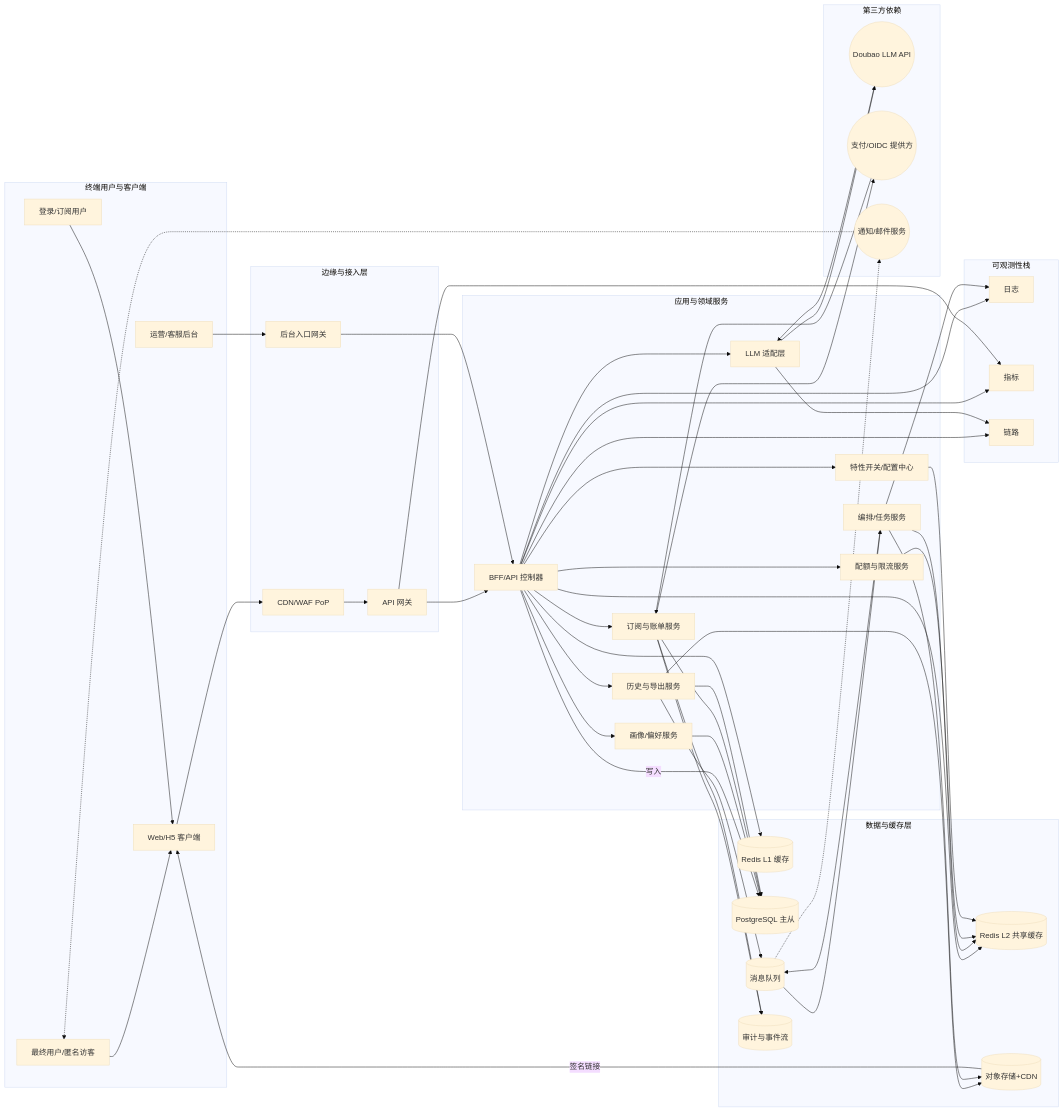
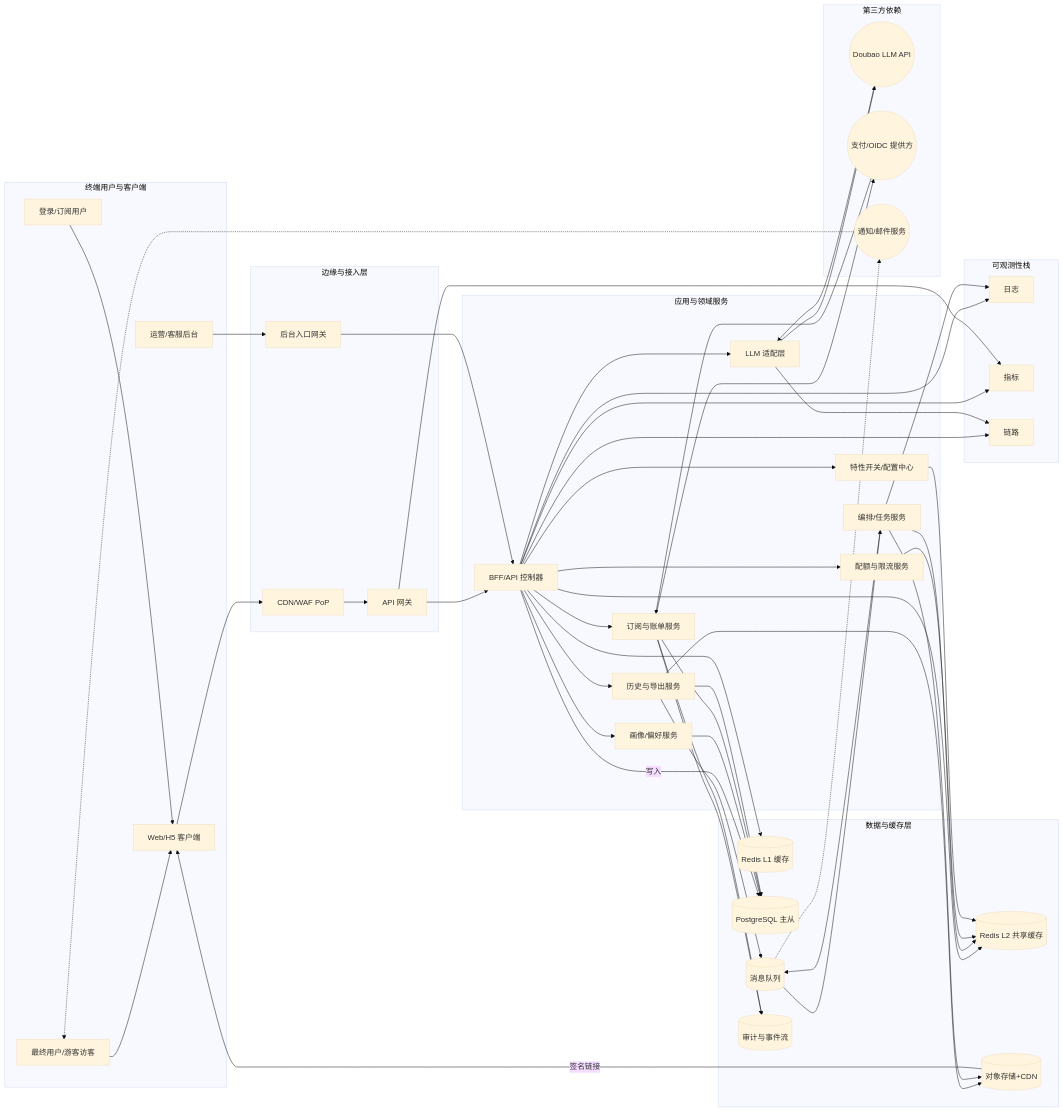
The diagram in doc/图/src/context.mmd (TaylorChyi/glancy), drawn with Mermaid (base theme) before and after one commit. The commit also changed 24 other files, not shown here.

```diff
--- a/doc/图/src/context.mmd
+++ b/doc/图/src/context.mmd
@@ -1,94 +1,94 @@
 %% FigJam: https://www.figma.com/file/glancy-sdd-figjam?type=whiteboard&node-id=230-1#SystemContext
 %% 摘要：Glancy 词汇助手在终端、边缘、应用、数据与第三方依赖之间的流向与信任边界。
 flowchart LR
     classDef boundary fill:#f2f6ff,stroke:#4a64d6,stroke-width:1px,color:#0c1b3a
     classDef storage fill:#fff9f0,stroke:#f39c12,color:#6b3500
 
     subgraph Clients["终端用户与客户端"]
-        User[最终用户/匿名访客]
+        User[最终用户/游客访客]
         Member[登录/订阅用户]
         Web[Web/H5 客户端]
         Admin[运营/客服后台]
     end
 
     subgraph Edge["边缘与接入层"]
         CDN[CDN/WAF PoP]
         APIGW[API 网关]
         AdminGW[后台入口网关]
     end
 
     subgraph App["应用与领域服务"]
         BFF[BFF/API 控制器]
         Feature[特性开关/配置中心]
         Quota[配额与限流服务]
         Profile[画像/偏好服务]
         History[历史与导出服务]
         Billing[订阅与账单服务]
         Adapter[LLM 适配层]
         JobSvc[编排/任务服务]
     end
 
     subgraph Data["数据与缓存层"]
         RedisL1[(Redis L1 缓存)]
         RedisL2[(Redis L2 共享缓存)]
         RDBMS[(PostgreSQL 主从)]
         Obj[(对象存储+CDN)]
         Queue[(消息队列)]
         Audit[(审计与事件流)]
     end
 
     subgraph External["第三方依赖"]
         Doubao((Doubao LLM API))
         Payment((支付/OIDC 提供方))
         Mailer((通知/邮件服务))
     end
 
     subgraph Observability["可观测性栈"]
         Logs[日志]
         Metrics[指标]
         Traces[链路]
     end
 
     User --> Web
     Member --> Web
     Admin --> AdminGW
     Web --> CDN --> APIGW --> BFF
     AdminGW --> BFF
 
     BFF --> Feature
     BFF --> Profile
     BFF --> History
     BFF --> Billing
     BFF --> Quota
     BFF --> Adapter
     BFF --> RedisL1
     BFF --> RedisL2
     BFF -->|写入| RDBMS
     History --> Obj
     History --> Queue
     JobSvc --> Queue --> JobSvc
     JobSvc --> Obj
     JobSvc --> RedisL2
     Adapter --> Doubao
     Billing --> Payment
     Billing --> Audit
     Quota --> RedisL2
     Profile --> RDBMS
     Billing --> RDBMS
     History --> RDBMS
     Feature --> RedisL2
 
     Obj -->|签名链接| Web
     Queue -.-> Mailer
     Mailer -.-> User
 
     BFF --> Logs
     BFF --> Metrics
     BFF --> Traces
     Adapter --> Traces
     APIGW --> Metrics
     JobSvc --> Logs
     Billing --> Audit
 
     Payment --> Billing
     Doubao --> Adapter
```
